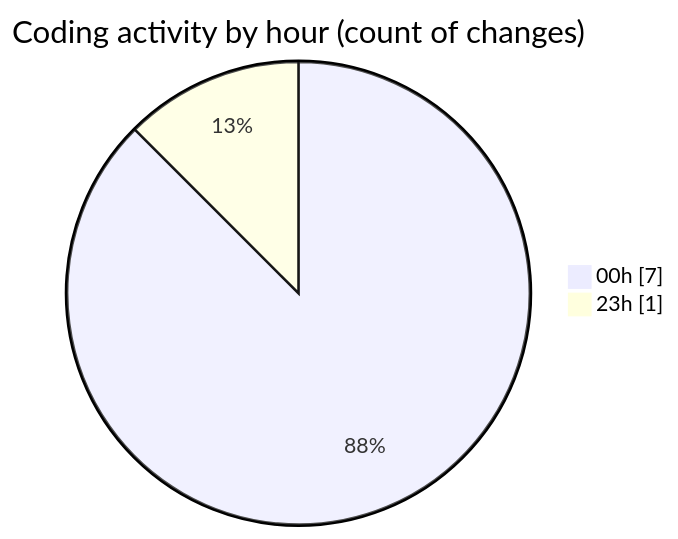
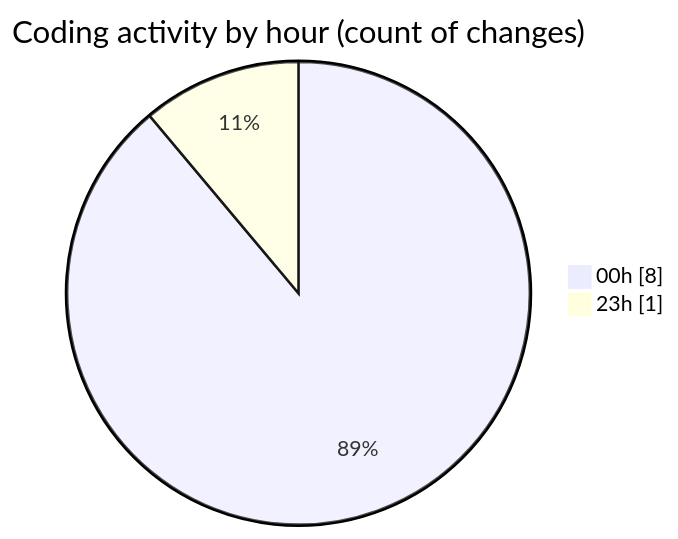
One commit to lephambinh05/code-tracking changed the second of 2 diagrams in 2025-07-18/nhahang/README.md. Above: the diagram before and after it, drawn with Mermaid. The commit also changed other lines of this file and 1 other file, not shown here.

````diff
--- a/2025-07-18/nhahang/README.md
+++ b/2025-07-18/nhahang/README.md
@@ -34,6 +34,6 @@
 ```mermaid
 pie showData
 title Coding activity by hour (count of changes)
-"00h" : 7
+"00h" : 8
 "23h" : 1
 ```
````
